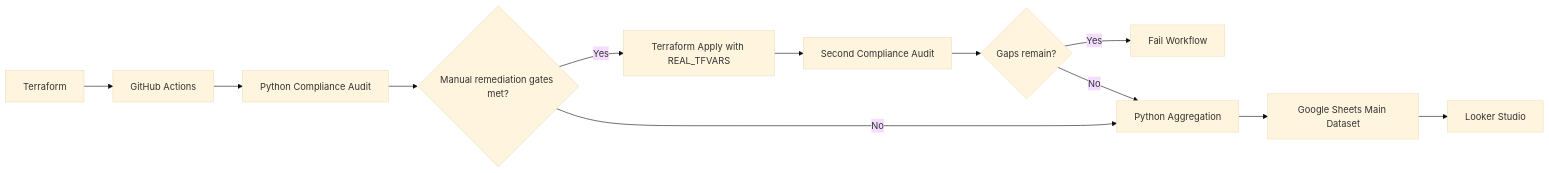
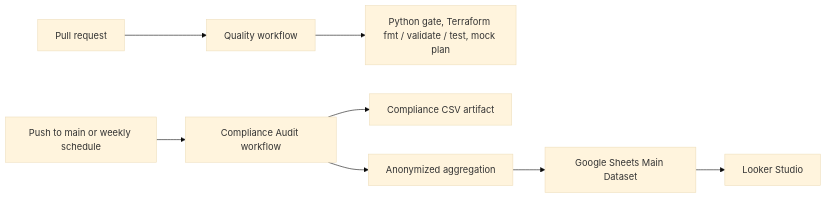
The diagram in README.md (neibaur/cloudflare-iac-governance), drawn with Mermaid (base theme) before and after one commit. The commit also changed other lines of this file and 13 other files, not shown here.

First line of the commit message:
fix(review): remove state-less remediation apply and close review gaps

````diff
--- a/README.md
+++ b/README.md
@@ -27,14 +27,10 @@
 ```mermaid
 flowchart LR
-    terraform[Terraform] --> actions[GitHub Actions]
-    actions --> audit[Python Compliance Audit]
-    audit --> decision{Manual remediation gates met?}
-    decision -- Yes --> apply[Terraform Apply with REAL_TFVARS]
-    apply --> reaudit[Second Compliance Audit]
-    reaudit --> verify{Gaps remain?}
-    verify -- Yes --> fail[Fail Workflow]
-    verify -- No --> aggregate[Python Aggregation]
-    decision -- No --> aggregate
+    pr[Pull request] --> quality[Quality workflow]
+    quality --> checks[Python gate, Terraform fmt / validate / test, mock plan]
+    main[Push to main or weekly schedule] --> audit[Compliance Audit workflow]
+    audit --> csv[Compliance CSV artifact]
+    audit --> aggregate[Anonymized aggregation]
     aggregate --> sheets[Google Sheets Main Dataset]
     sheets --> looker[Looker Studio]
 ```
````
